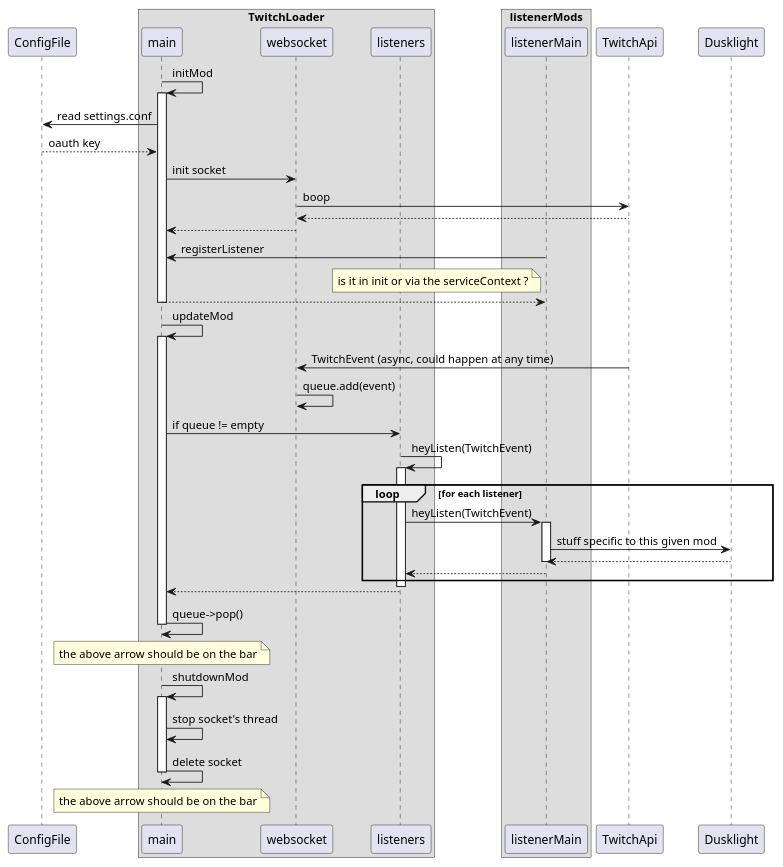
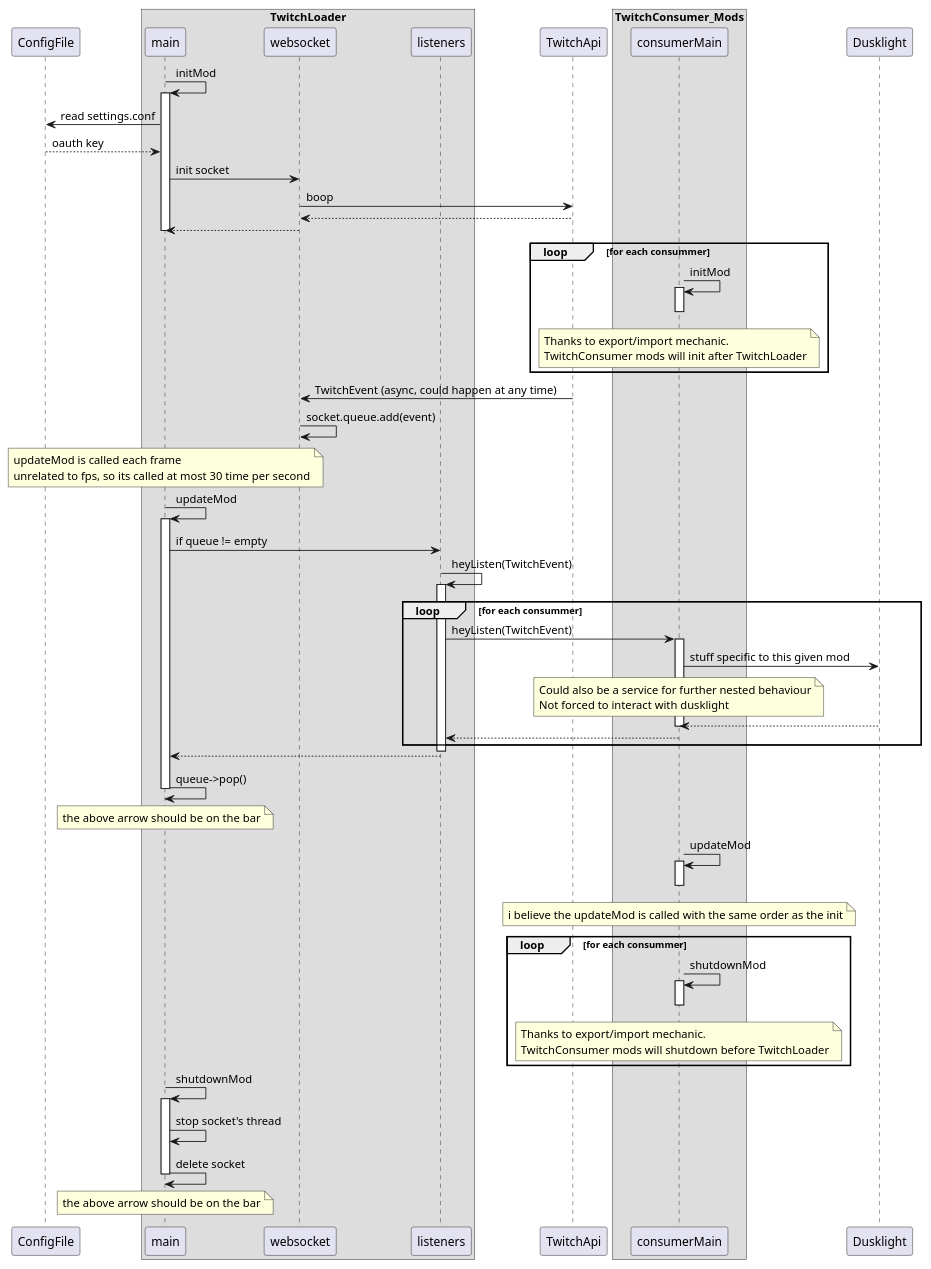
Before and after one commit to Noaseto/TwitchLoader: the diagram in docs/LifeCycle.puml, drawn with PlantUML. The commit also changed 11 other files, not shown here.

Commit message:
first revamp of Twitch loader, many TODOs added

```diff
--- a/docs/LifeCycle.puml
+++ b/docs/LifeCycle.puml
@@ -1,63 +1,81 @@
 @startuml
 ' members definition
 participant ConfigFile as cf
 box TwitchLoader
     participant main as main
     participant websocket as ws
     participant listeners as navi
-    box listenerMods
-        participant listenerMain as naviMain
-    end box
 end box
 participant TwitchApi as api
+box TwitchConsumer_Mods
+    participant consumerMain as naviMain
+end box
+
 participant Dusklight as dusk
 
 
 ' init
 main -> main: initMod
 activate main
     main -> cf : read settings.conf
     cf --> main : oauth key
     main -> ws: init socket
     ws -> api: boop
     api --> ws:
     ws --> main:
-
-naviMain -> main: registerListener
-note left of naviMain: is it in init or via the serviceContext ?
-main --> naviMain
-
 deactivate main
 
+loop for each consummer
+    naviMain -> naviMain: initMod
+    activate naviMain
+    note over naviMain: Thanks to export/import mechanic.\nTwitchConsumer mods will init after TwitchLoader
+    deactivate naviMain
+end
 
 
+api -> ws: TwitchEvent (async, could happen at any time)
+ws -> ws: socket.queue.add(event)
+
 ' update
+note over main: updateMod is called each frame\nunrelated to fps, so its called at most 30 time per second
 main -> main: updateMod
 activate main
-    api -> ws: TwitchEvent (async, could happen at any time)
-    ws -> ws: queue.add(event)
     main -> navi: if queue != empty
     navi -> navi: heyListen(TwitchEvent)
     activate navi
-        loop for each listener
+        loop for each consummer
             navi -> naviMain: heyListen(TwitchEvent)
             activate naviMain
                 naviMain -> dusk: stuff specific to this given mod
+                note over naviMain: Could also be a service for further nested behaviour\nNot forced to interact with dusklight
                 dusk --> naviMain:
             deactivate naviMain
             naviMain-->navi
         end
     deactivate navi
     navi --> main:
     main -> main: queue->pop()
     note over main: the above arrow should be on the bar
 deactivate main
 
+naviMain->naviMain:updateMod
+activate naviMain
+    note over naviMain: i believe the updateMod is called with the same order as the init
+deactivate naviMain
+
 ' destroy
+loop for each consummer
+    naviMain -> naviMain: shutdownMod
+    activate naviMain
+    note over naviMain: Thanks to export/import mechanic.\nTwitchConsumer mods will shutdown before TwitchLoader
+    deactivate naviMain
+end
+
+
 main -> main: shutdownMod
 activate main
     main->main:stop socket's thread
     main->main: delete socket
 deactivate main
 note over main: the above arrow should be on the bar
 @enduml
```
